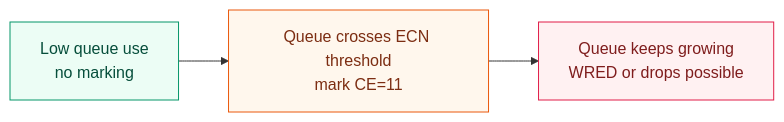
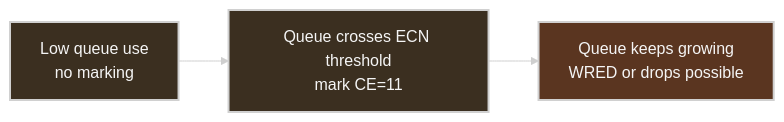
One commit to ziwon/ai-data-center-network changed the second of 10 diagrams in ai-data-center-network/chap07/README.md. Above: the diagram before and after it, drawn with Mermaid. The commit also changed other lines of this file and 35 other files, not shown here.

Commit message:
docs(mermaid): apply dark diagram style

````diff
--- a/ai-data-center-network/chap07/README.md
+++ b/ai-data-center-network/chap07/README.md
@@ -270,12 +271,13 @@
 ```mermaid
+%%{init: {"theme": "base", "themeVariables": {"background": "#171717", "primaryColor": "#232323", "primaryTextColor": "#f5f5f5", "primaryBorderColor": "#d0d0d0", "lineColor": "#cfcfcf", "fontFamily": "Inter, Arial, sans-serif"}}}%%
 flowchart LR
-    classDef safe fill:#ecfdf5,stroke:#059669,color:#064e3b
-    classDef mark fill:#fff7ed,stroke:#ea580c,color:#7c2d12
-    classDef drop fill:#fff1f2,stroke:#e11d48,color:#7f1d1d
+    classDef safe fill:#3b2f20,stroke:#d0d0d0,color:#f5f5f5,stroke-width:2px;
+    classDef mark fill:#3b2f20,stroke:#d0d0d0,color:#f5f5f5,stroke-width:2px;
+    classDef drop fill:#5a3520,stroke:#d0d0d0,color:#f5f5f5,stroke-width:2px;
 
     A[Low queue use<br/>no marking]:::safe
     B[Queue crosses ECN threshold<br/>mark CE=11]:::mark
     C[Queue keeps growing<br/>WRED or drops possible]:::drop
 
     A --> B --> C
 ```
````
